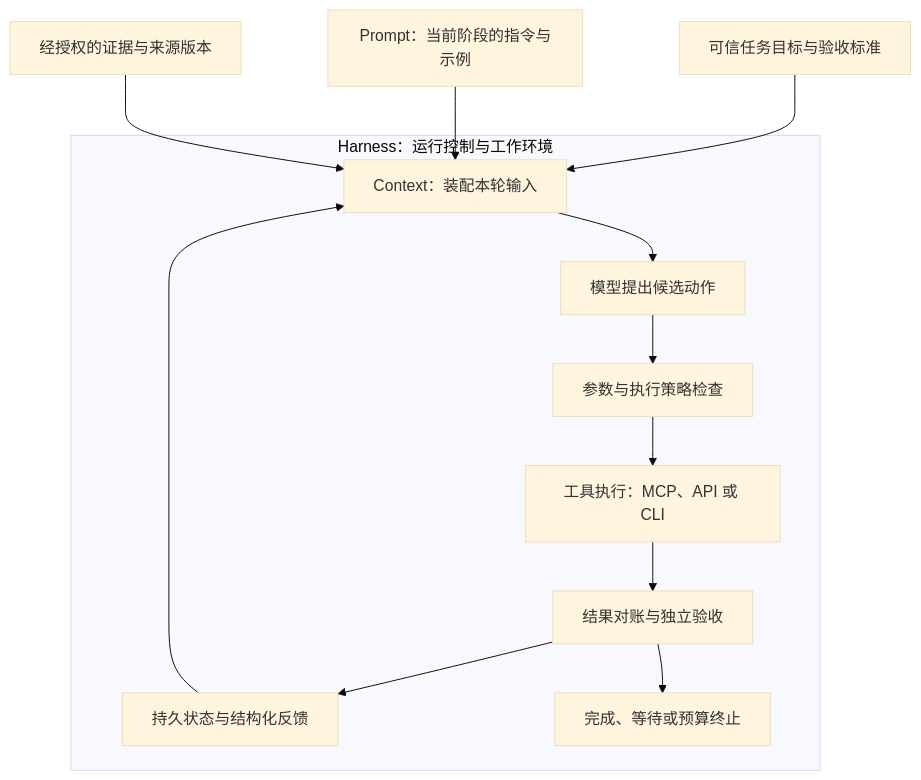
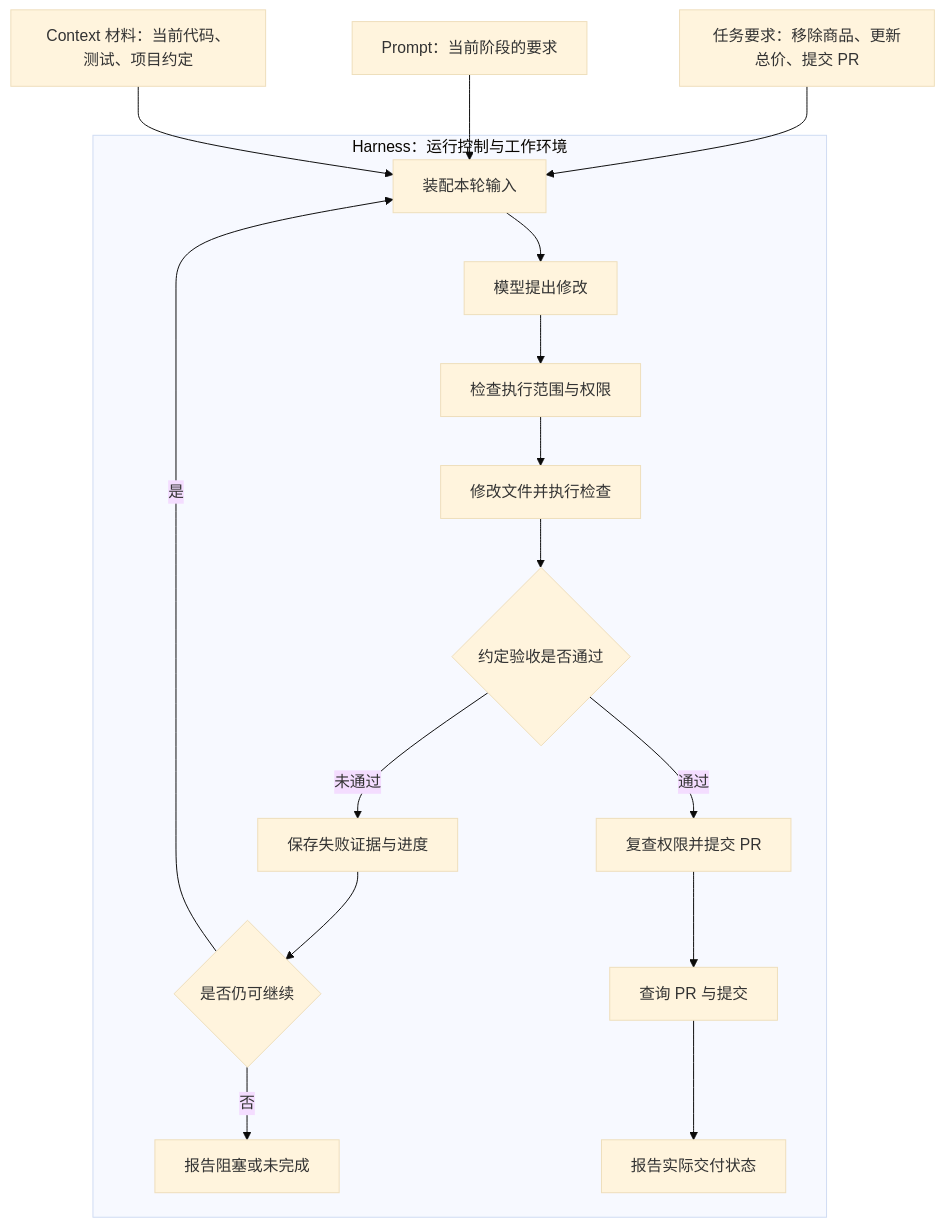
Before and after one commit to MarkingYang/aidea-lab: the diagram in src/content/writing/prompt-context-harness-engineering.md, drawn with Mermaid (base theme). The commit also changed other lines of this file and 4 other files, not shown here.

````diff
--- a/src/content/writing/prompt-context-harness-engineering.md
+++ b/src/content/writing/prompt-context-harness-engineering.md
@@ -159,15 +155,19 @@
 ```mermaid
 flowchart TB
-  T[可信任务目标与验收标准] --> C
-  P[Prompt：当前阶段的指令与示例] --> C
-  E[经授权的证据与来源版本] --> C
+  T[任务要求：移除商品、更新总价、提交 PR] --> C
+  P[Prompt：当前阶段的要求] --> C
+  E[Context 材料：当前代码、测试、项目约定] --> C
   subgraph H[Harness：运行控制与工作环境]
-    C[Context：装配本轮输入] --> M[模型提出候选动作]
-    M --> G[参数与执行策略检查]
-    G --> X[工具执行：MCP、API 或 CLI]
-    X --> V[结果对账与独立验收]
-    V --> S[持久状态与结构化反馈]
-    S --> C
-    V --> D[完成、等待或预算终止]
+    C[装配本轮输入] --> M[模型提出修改]
+    M --> G[检查执行范围与权限]
+    G --> X[修改文件并执行检查]
+    X --> V{约定验收是否通过}
+    V -->|未通过| S[保存失败证据与进度]
+    S --> B{是否仍可继续}
+    B -->|是| C
+    B -->|否| W[报告阻塞或未完成]
+    V -->|通过| D[复查权限并提交 PR]
+    D --> Q[查询 PR 与提交]
+    Q --> R[报告实际交付状态]
   end
 ```
````
